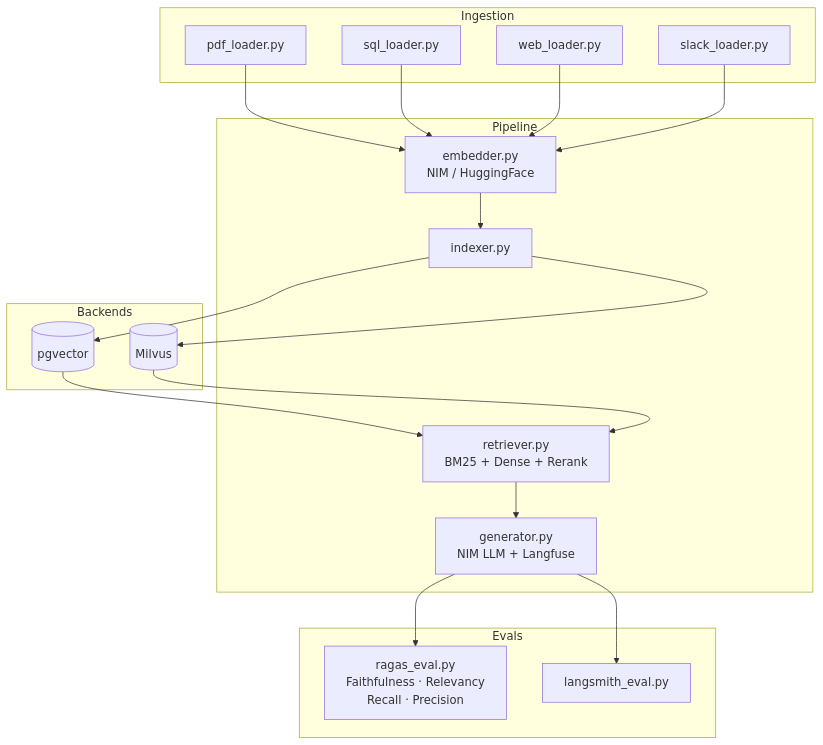
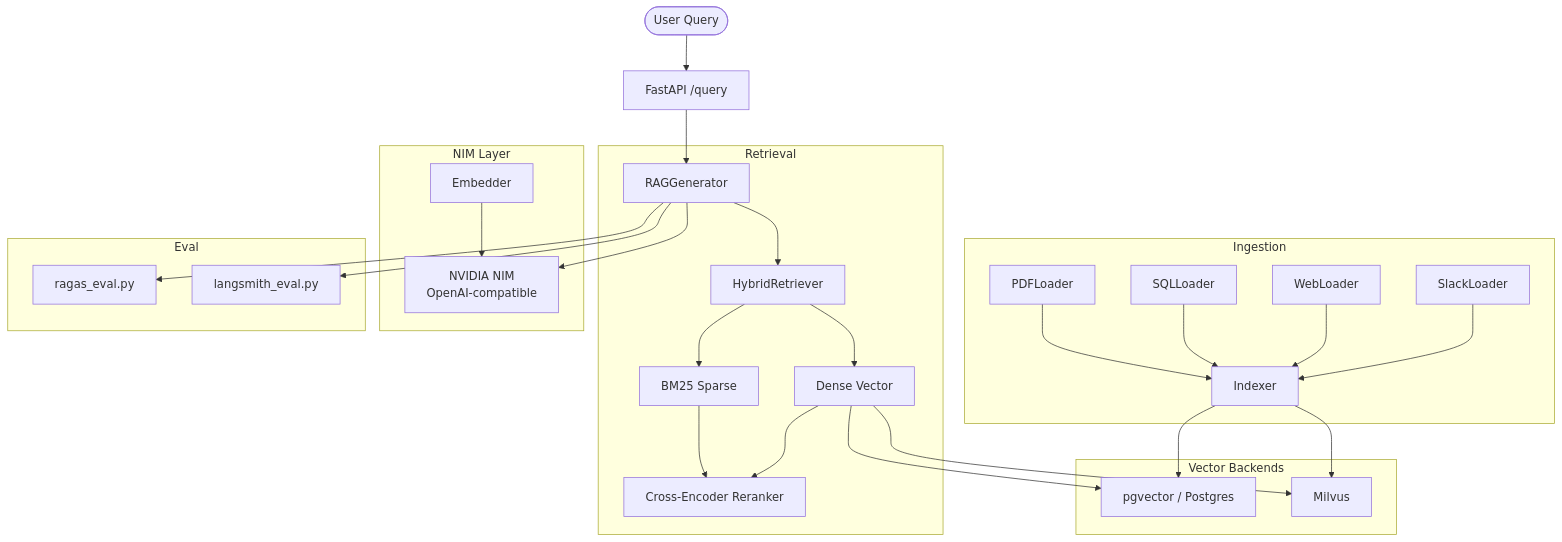
The diagram in docs/architecture.md (TylrDn/enterprise-rag-pipeline), drawn with Mermaid before and after one commit. The commit also changed other lines of this file and 30 other files, not shown here.

Commit message:
build: ingestion/, pipeline/, backends/, evals/, configs/, deploy/, CI, docs, README

````diff
--- a/docs/architecture.md
+++ b/docs/architecture.md
@@ -5,33 +9,37 @@
 ```mermaid
-flowchart TD
-    subgraph Ingestion
-        PDF[pdf_loader.py]
-        SQL[sql_loader.py]
-        WEB[web_loader.py]
-        SLK[slack_loader.py]
+graph TD
+    User([User Query]) --> API[FastAPI /query]
+    API --> Gen[RAGGenerator]
+
+    subgraph Retrieval
+        Gen --> Hybrid[HybridRetriever]
+        Hybrid --> BM25[BM25 Sparse]
+        Hybrid --> Dense[Dense Vector]
+        BM25 --> Rerank[Cross-Encoder Reranker]
+        Dense --> Rerank
     end
 
-    subgraph Pipeline
-        EMB[embedder.py\nNIM / HuggingFace]
-        IDX[indexer.py]
-        RET[retriever.py\nBM25 + Dense + Rerank]
-        GEN[generator.py\nNIM LLM + Langfuse]
+    subgraph Vector Backends
+        Dense --> PG[pgvector / Postgres]
+        Dense --> Milvus[Milvus]
     end
 
-    subgraph Backends
-        PGV[(pgvector)]
-        MLV[(Milvus)]
+    subgraph Ingestion
+        PDF[PDFLoader] --> Indexer
+        SQL[SQLLoader] --> Indexer
+        Web[WebLoader] --> Indexer
+        Slack[SlackLoader] --> Indexer
+        Indexer --> PG
+        Indexer --> Milvus
     end
 
-    subgraph Evals
-        RGS[ragas_eval.py\nFaithfulness · Relevancy\nRecall · Precision]
-        LSM[langsmith_eval.py]
+    subgraph NIM Layer
+        Gen --> NIM[NVIDIA NIM\nOpenAI-compatible]
+        Embed[Embedder] --> NIM
     end
 
-    PDF & SQL & WEB & SLK --> EMB
-    EMB --> IDX
-    IDX --> PGV & MLV
-    PGV & MLV --> RET
-    RET --> GEN
-    GEN --> RGS & LSM
+    subgraph Eval
+        Gen --> RAGAS[ragas_eval.py]
+        Gen --> LangSmith[langsmith_eval.py]
+    end
 ```
````
